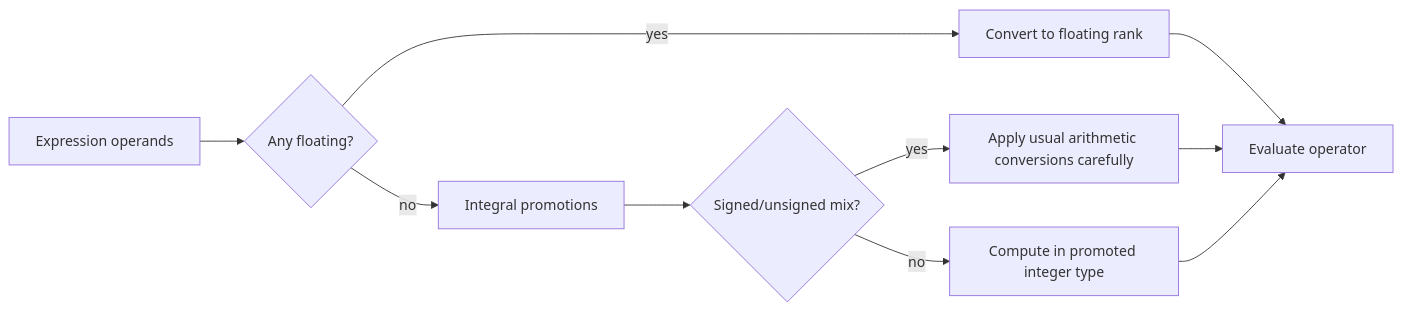
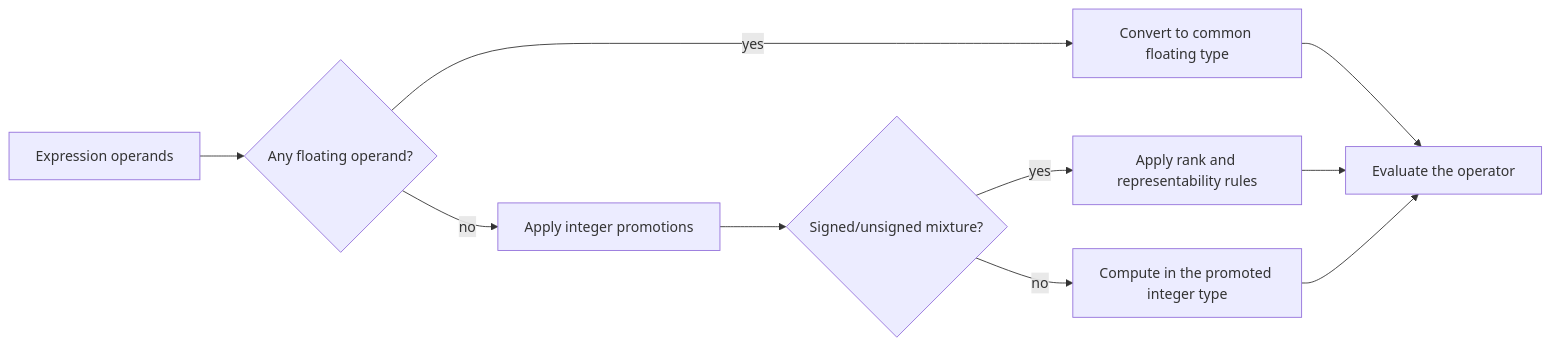
Before and after one commit to justinbrianhwang/SJ-wiki: the diagram in docs/cs/programming/c/types-operators-expressions.md, drawn with Mermaid. The commit also changed other lines of this file and 955 other files, not shown here.

````diff
--- a/docs/cs/programming/c/types-operators-expressions.md
+++ b/docs/cs/programming/c/types-operators-expressions.md
@@ -85,12 +75,12 @@
 ```mermaid
 flowchart LR
-  A[Expression operands] --> B{"Any floating?"}
-  B -->|yes| C[Convert to floating rank]
-  B -->|no| D[Integral promotions]
-  D --> E{"Signed/unsigned mix?"}
-  E -->|yes| F[Apply usual arithmetic conversions carefully]
-  E -->|no| G[Compute in promoted integer type]
-  C --> H[Evaluate operator]
+  A[Expression operands] --> B{"Any floating operand?"}
+  B -->|yes| C[Convert to common floating type]
+  B -->|no| D[Apply integer promotions]
+  D --> E{"Signed/unsigned mixture?"}
+  E -->|yes| F[Apply rank and representability rules]
+  E -->|no| G[Compute in the promoted integer type]
+  C --> H[Evaluate the operator]
   F --> H
   G --> H
 ```
````
